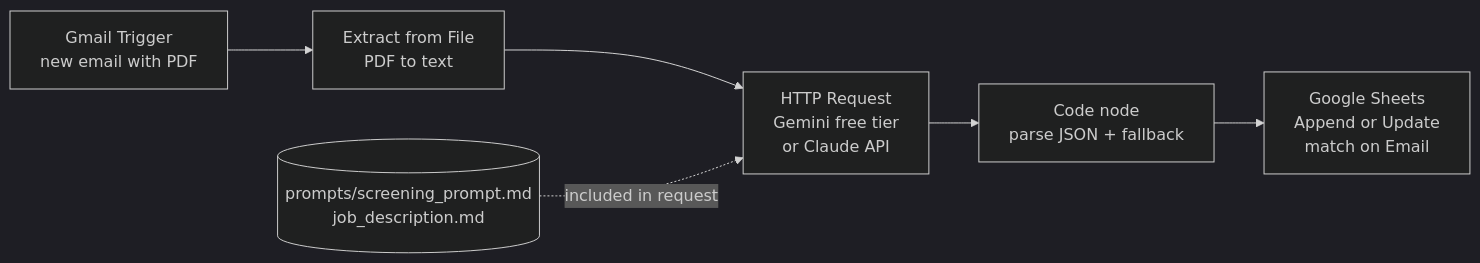
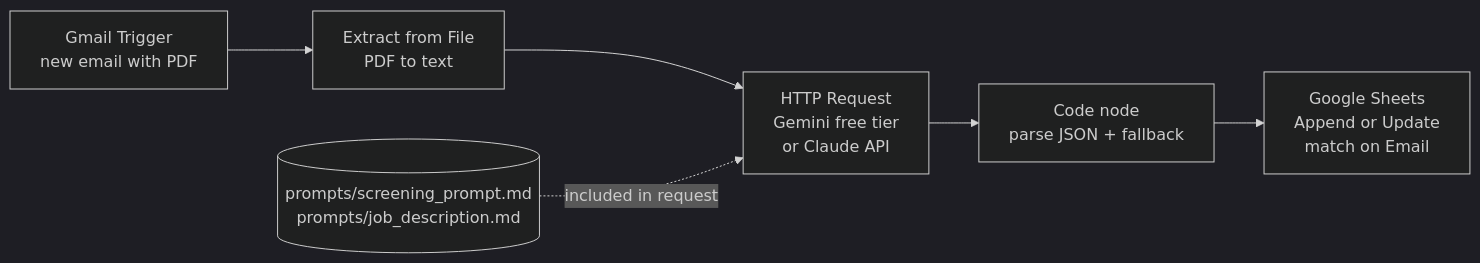
The diagram in README.md (arnav2293-afk/ai-resume-screener), drawn with Mermaid (dark theme) before and after one commit. The commit also changed other lines of this file and 1 other file, not shown here.

````diff
--- a/README.md
+++ b/README.md
@@ -63,8 +36,8 @@
 ```mermaid
 flowchart LR
     A[Gmail Trigger<br/>new email with PDF] --> B[Extract from File<br/>PDF to text]
     B --> C[HTTP Request<br/>Gemini free tier<br/>or Claude API]
     C --> D[Code node<br/>parse JSON + fallback]
     D --> E[Google Sheets<br/>Append or Update<br/>match on Email]
-    P[(prompts/screening_prompt.md<br/>job_description.md)] -. included in request .-> C
+    P[(prompts/screening_prompt.md<br/>prompts/job_description.md)] -. included in request .-> C
 ```
````
